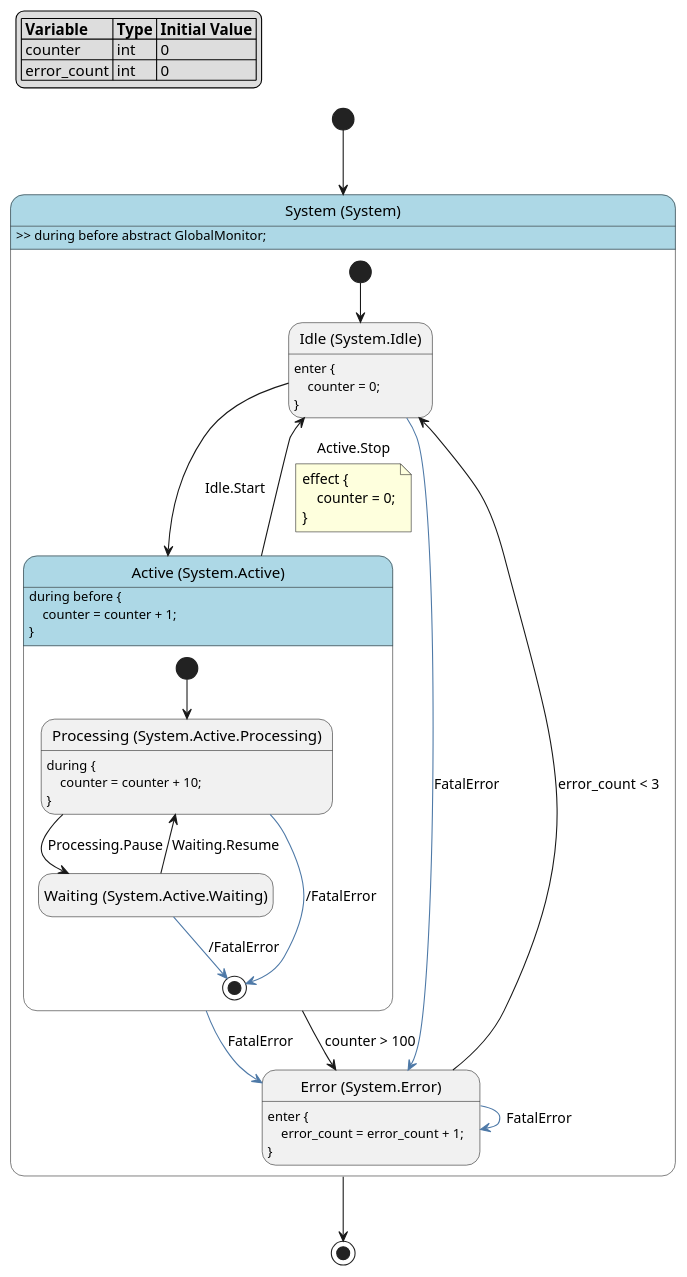
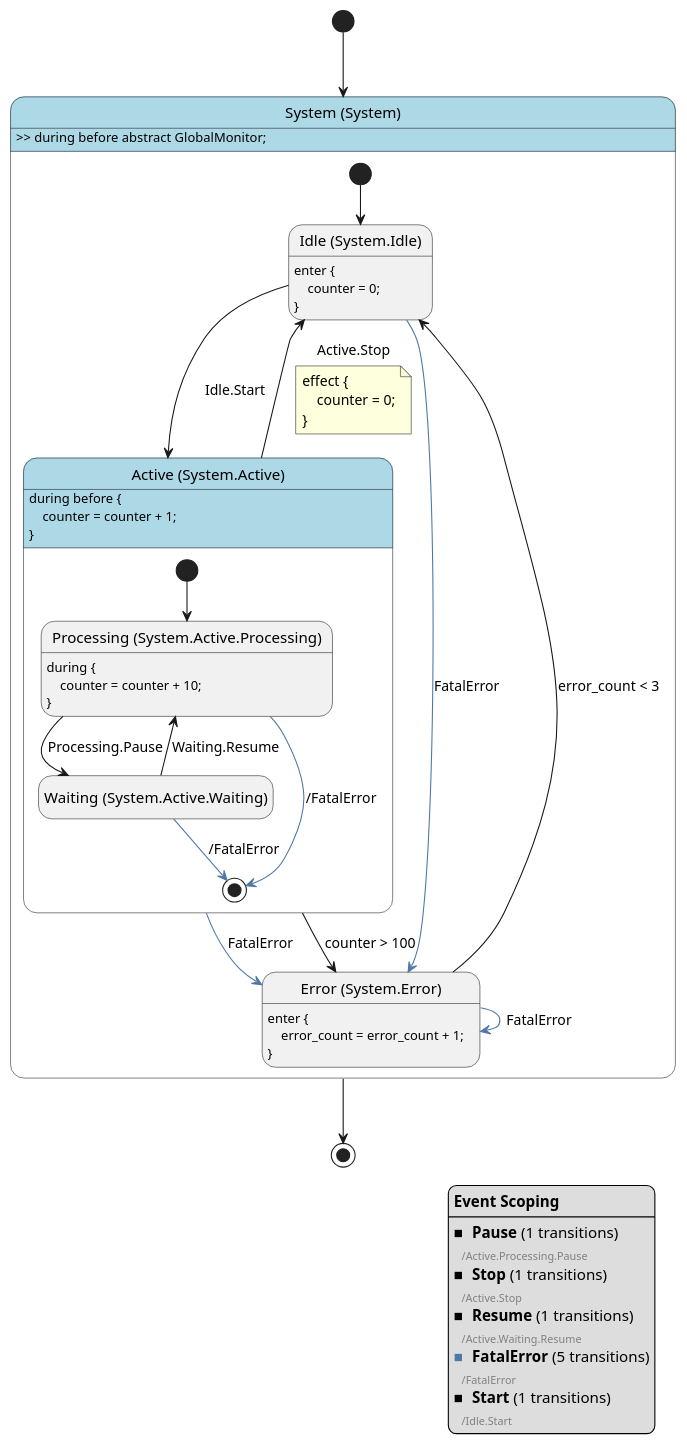
The diagram in docs/source/tutorials/visualization/output_advanced.puml (HansBug/pyfcstm), drawn with PlantUML before and after one commit. The commit also changed 6 other files, not shown here.

```diff
--- a/docs/source/tutorials/visualization/output_advanced.puml
+++ b/docs/source/tutorials/visualization/output_advanced.puml
@@ -1,50 +1,65 @@
 @startuml
 hide empty description
 
 skinparam state {
   BackgroundColor<<pseudo>> LightGray
   BackgroundColor<<composite>> LightBlue
   BorderColor<<pseudo>> Gray
   FontStyle<<pseudo>> italic
 }
 
 legend top left
 |= Variable |= Type |= Initial Value |
 | counter | int | 0 |
 | error_count | int | 0 |
+endlegend
+
+legend right
+**Event Scoping**
+----
+<color:#000000>■</color> **Pause** (1 transitions)
+  <size:10><color:gray>/Active.Processing.Pause</color></size>
+<color:#000000>■</color> **Stop** (1 transitions)
+  <size:10><color:gray>/Active.Stop</color></size>
+<color:#000000>■</color> **Resume** (1 transitions)
+  <size:10><color:gray>/Active.Waiting.Resume</color></size>
+<color:#4E79A7>■</color> **FatalError** (5 transitions)
+  <size:10><color:gray>/FatalError</color></size>
+<color:#000000>■</color> **Start** (1 transitions)
+  <size:10><color:gray>/Idle.Start</color></size>
 endlegend
 
 state "System (System)" as system <<composite>> {
     state "Idle (System.Idle)" as system__idle
     system__idle : enter {\n    counter = 0;\n}
     state "Active (System.Active)" as system__active <<composite>> {
         state "Processing (System.Active.Processing)" as system__active__processing
         system__active__processing : during {\n    counter = counter + 10;\n}
         state "Waiting (System.Active.Waiting)" as system__active__waiting
         system__active__processing -[#4E79A7]-> [*] : /FatalError
         system__active__waiting -[#4E79A7]-> [*] : /FatalError
         [*] --> system__active__processing
         system__active__processing --> system__active__waiting : Processing.Pause
         system__active__waiting --> system__active__processing : Waiting.Resume
     }
     system__active : during before {\n    counter = counter + 1;\n}
     state "Error (System.Error)" as system__error
     system__error : enter {\n    error_count = error_count + 1;\n}
     system__idle -[#4E79A7]-> system__error : FatalError
     system__active -[#4E79A7]-> system__error : FatalError
     system__error -[#4E79A7]-> system__error : FatalError
     [*] --> system__idle
     system__idle --> system__active : Idle.Start
     system__active --> system__idle : Active.Stop
     note on link
     effect {
         counter = 0;
     }
     end note
     system__active --> system__error : counter > 100
     system__error --> system__idle : error_count < 3
 }
 system : >> during before abstract GlobalMonitor;
 [*] --> system
 system --> [*]
 @enduml
```
